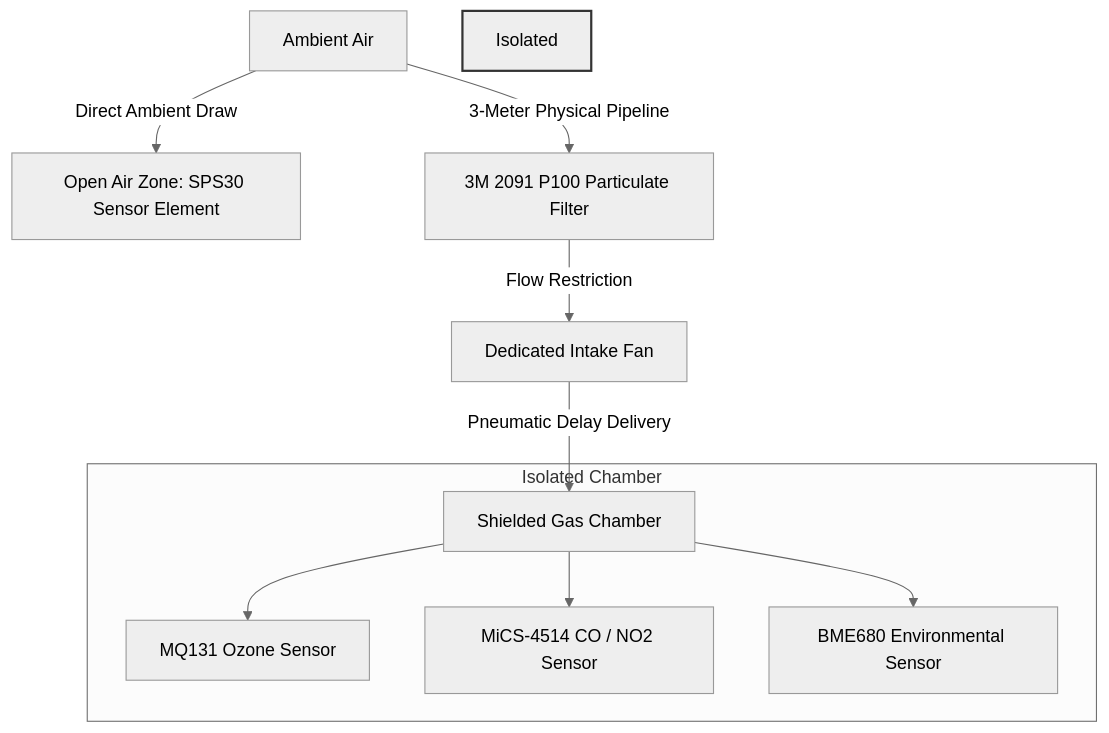
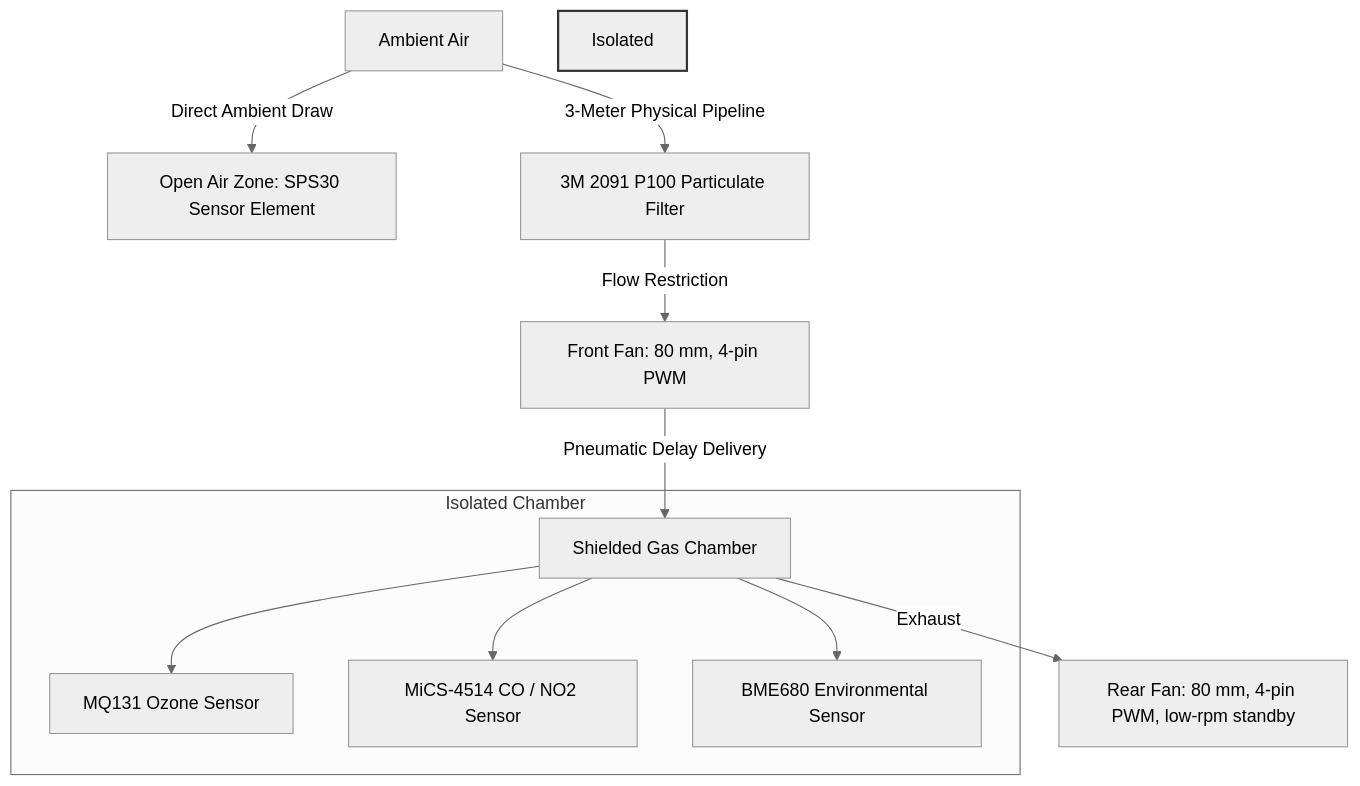
The first of 6 diagrams in README.md (yuvalkuck/clearair), drawn with Mermaid (neutral theme) before and after one commit. The commit also changed other lines of this file and 18 other files, not shown here.

````diff
--- a/README.md
+++ b/README.md
@@ -31,15 +32,17 @@
 ```mermaid
 graph TD
     Ambient[Ambient Air] -->|Direct Ambient Draw| SPS30[Open Air Zone: SPS30 Sensor Element]
     Ambient -->|3-Meter Physical Pipeline| Filter[3M 2091 P100 Particulate Filter]
-    Filter -->|Flow Restriction| Fan[Dedicated Intake Fan]
-    Fan -->|Pneumatic Delay Delivery| Chamber[Shielded Gas Chamber]
+    Filter -->|Flow Restriction| FanF[Front Fan: 80 mm, 4-pin PWM]
+    FanF -->|Pneumatic Delay Delivery| Chamber[Shielded Gas Chamber]
     
     subgraph Isolated Chamber
         Chamber --> MQ131[MQ131 Ozone Sensor]
         Chamber --> MiCS[MiCS-4514 CO / NO2 Sensor]
         Chamber --> BME680[BME680 Environmental Sensor]
     end
 
+    Chamber -->|Exhaust| FanR[Rear Fan: 80 mm, 4-pin PWM, low-rpm standby]
+
     style Isolated Chamber fill:#f9f9f9,stroke:#333,stroke-width:2px
 ```
````
